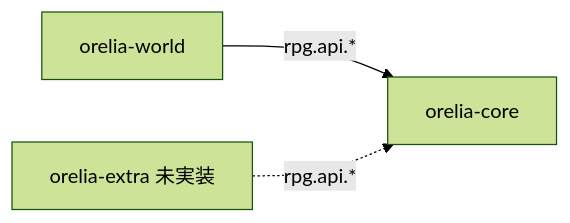
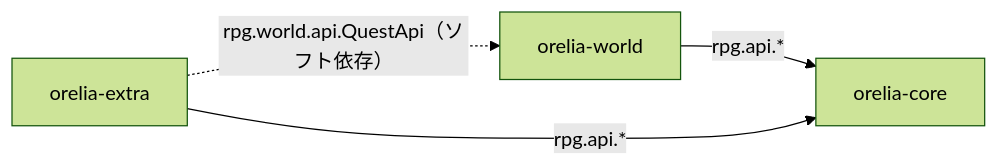
One commit to orelia-mc/orelia-docs changed the diagram in docs/index.md. Above: the diagram before and after it, drawn with Mermaid (forest theme). The commit also changed other lines of this file and 16 other files, not shown here.

First line of the commit message:
Document orelia-extra, correct its "not yet implemented" status

````diff
--- a/docs/index.md
+++ b/docs/index.md
@@ -13,5 +13,6 @@
 ```mermaid
 graph LR
   world[orelia-world] -->|rpg.api.*| core[orelia-core]
-  extra[orelia-extra 未実装] -.->|rpg.api.*| core
+  extra[orelia-extra] -->|rpg.api.*| core
+  extra -.->|rpg.world.api.QuestApi（ソフト依存）| world
 ```
````
